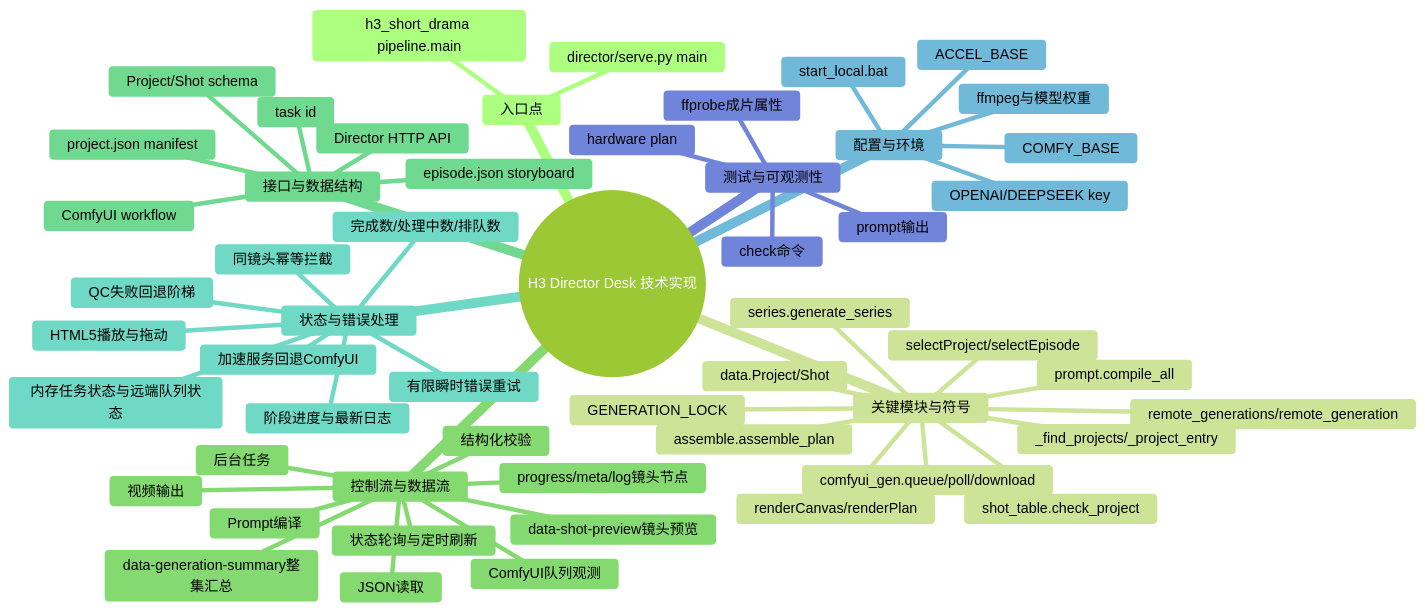
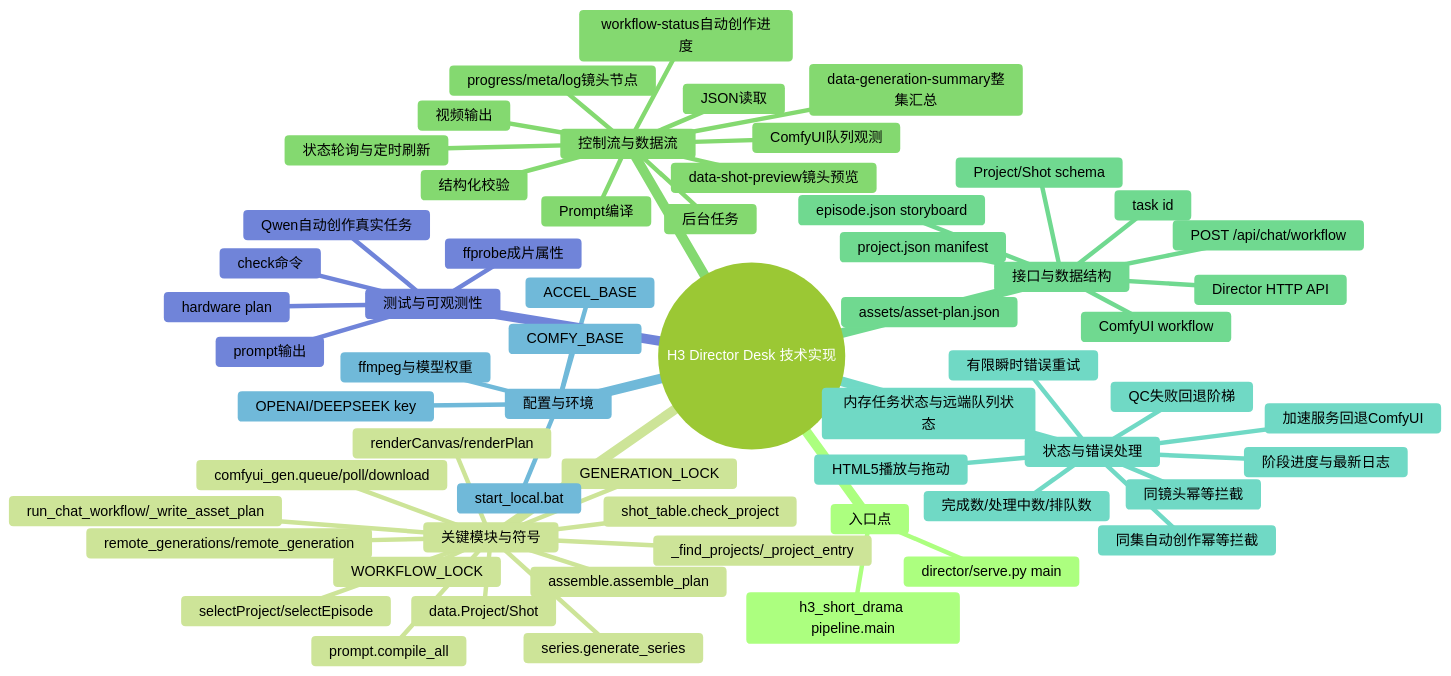
Before and after one commit to Exalex/h3-director-desk: the diagram in docs/project-evolution/mindmaps/technical-implementation.md, drawn with Mermaid (forest theme). The commit also changed other lines of this file and 23 other files, not shown here.

````diff
--- a/docs/project-evolution/mindmaps/technical-implementation.md
+++ b/docs/project-evolution/mindmaps/technical-implementation.md
@@ -3,57 +3,64 @@
 ```mermaid
 mindmap
   root((H3 Director Desk 技术实现))
     入口点
       director/serve.py main
       h3_short_drama pipeline.main
     关键模块与符号
       _find_projects/_project_entry
       selectProject/selectEpisode
       renderCanvas/renderPlan
       data.Project/Shot
       shot_table.check_project
       prompt.compile_all
       comfyui_gen.queue/poll/download
       remote_generations/remote_generation
       GENERATION_LOCK
+      run_chat_workflow/_write_asset_plan
+      WORKFLOW_LOCK
       series.generate_series
       assemble.assemble_plan
     控制流与数据流
       JSON读取
       结构化校验
       Prompt编译
       后台任务
       ComfyUI队列观测
       状态轮询与定时刷新
       progress/meta/log镜头节点
       data-generation-summary整集汇总
       data-shot-preview镜头预览
+      workflow-status自动创作进度
       视频输出
     接口与数据结构
       Director HTTP API
+      POST /api/chat/workflow
+      assets/asset-plan.json
       project.json manifest
       episode.json storyboard
       Project/Shot schema
       ComfyUI workflow
       task id
     状态与错误处理
       内存任务状态与远端队列状态
       同镜头幂等拦截
+      同集自动创作幂等拦截
       阶段进度与最新日志
       完成数/处理中数/排队数
       HTML5播放与拖动
       有限瞬时错误重试
       加速服务回退ComfyUI
       QC失败回退阶梯
     配置与环境
       COMFY_BASE
       ACCEL_BASE
       OPENAI/DEEPSEEK key
       ffmpeg与模型权重
       start_local.bat
     测试与可观测性
       check命令
+      Qwen自动创作真实任务
       hardware plan
       prompt输出
       ffprobe成片属性
 ```
````
